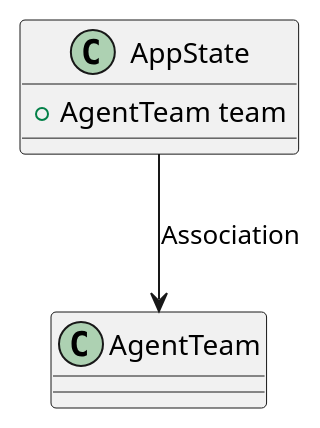
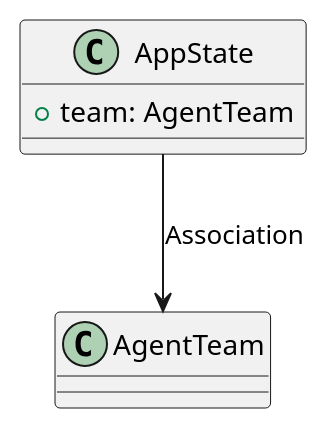
Before and after one commit to lgcorzo/fastapi-autogen-team: the first of 2 diagrams in openwiki/modules/src/interface/http/routes.md, drawn with PlantUML. The commit also changed other lines of this file and 56 other files, not shown here.

Commit message:
Fix plantuml generics and field extraction

````diff
--- a/openwiki/modules/src/interface/http/routes.md
+++ b/openwiki/modules/src/interface/http/routes.md
@@ -32,8 +32,8 @@
 ```plantuml
 @startuml
     class AppState {
-        +AgentTeam team
+        +team: AgentTeam
     }
     AppState --> AgentTeam : Association
 @enduml
 ```
````
